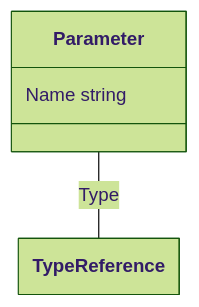
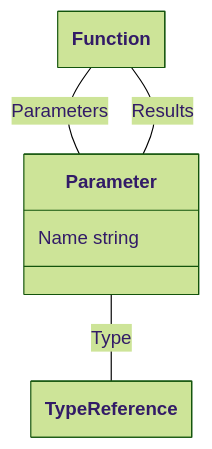
Diagram 11 of 17 in docs/model/model.md (theunrepentantgeek/crddoc), drawn with Mermaid (forest theme) before and after one commit. The commit also changed other lines of this file and 8 other files, not shown here.

````diff
--- a/docs/model/model.md
+++ b/docs/model/model.md
@@ -423,20 +639,24 @@
 ```mermaid
 ---
   config:
     class:
       hideEmptyMembersBox: true
 ---
 classDiagram
 
 class Parameter["Parameter"]{  
       Name string
 
 
 } 
 
+Function -- Parameter : Parameters 
+Function -- Parameter : Results 
 
 Parameter -- TypeReference : Type 
 
+class Function["Function"]
+class Function["Function"]
 class TypeReference["TypeReference"]
 
 ```
````
